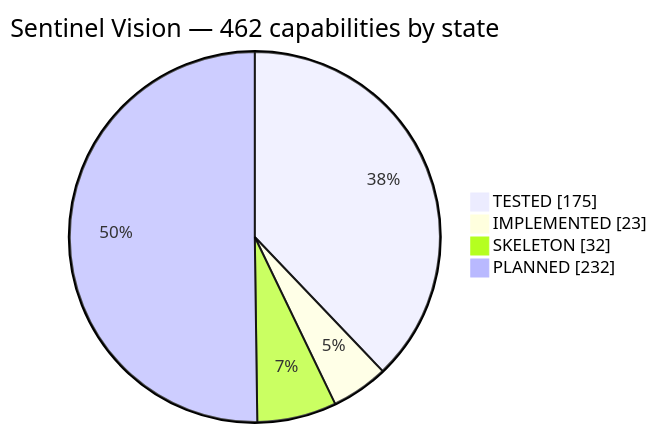
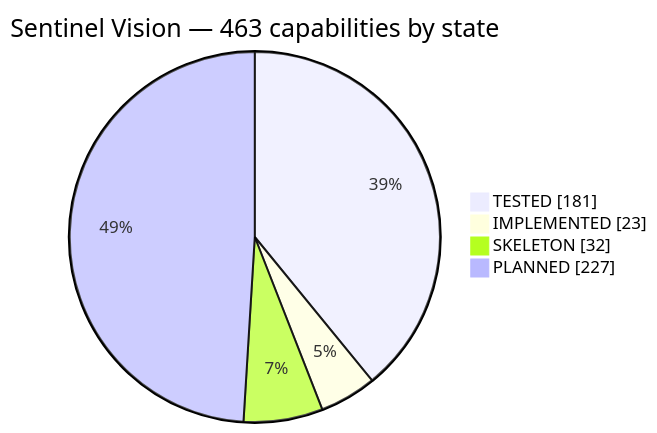
Before and after one commit to haidar-farhat/V.I.G.I.L._Vision_Intelligence_and_Geospatial_ncident_Layer: the first of 3 diagrams in FEATURES.md, drawn with Mermaid. The commit also changed other lines of this file and 14 other files, not shown here.

````diff
--- a/FEATURES.md
+++ b/FEATURES.md
@@ -46,8 +46,8 @@
 ```mermaid
 pie showData
-    title Sentinel Vision — 462 capabilities by state
-    "TESTED" : 175
+    title Sentinel Vision — 463 capabilities by state
+    "TESTED" : 181
     "IMPLEMENTED" : 23
     "SKELETON" : 32
-    "PLANNED" : 232
+    "PLANNED" : 227
 ```
````
